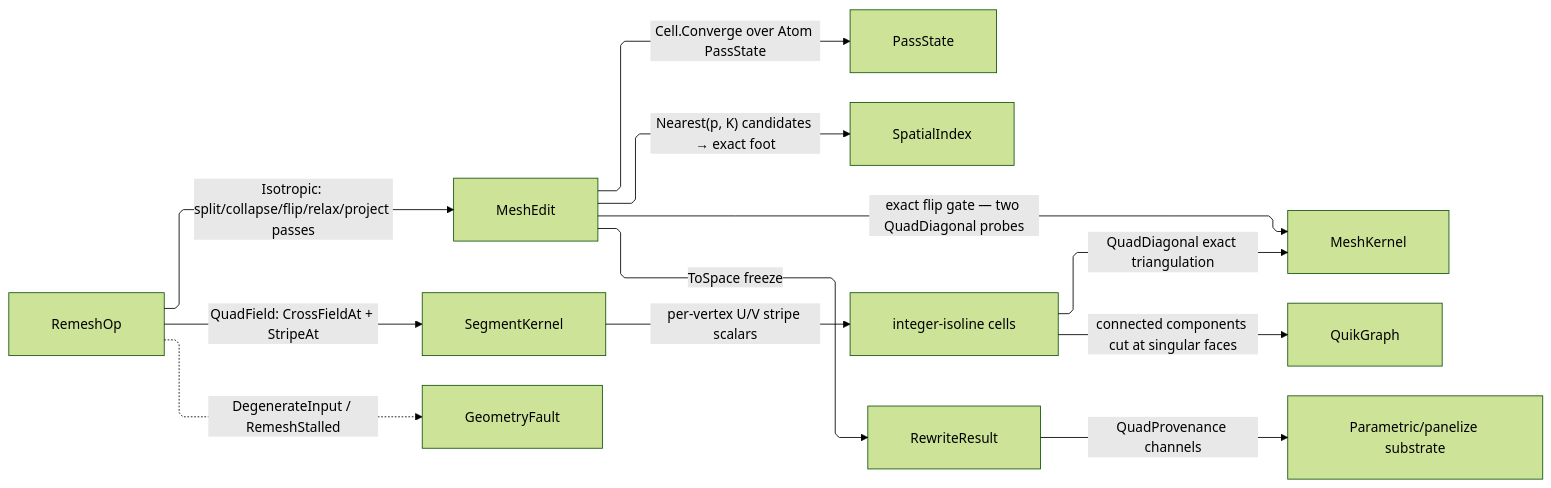
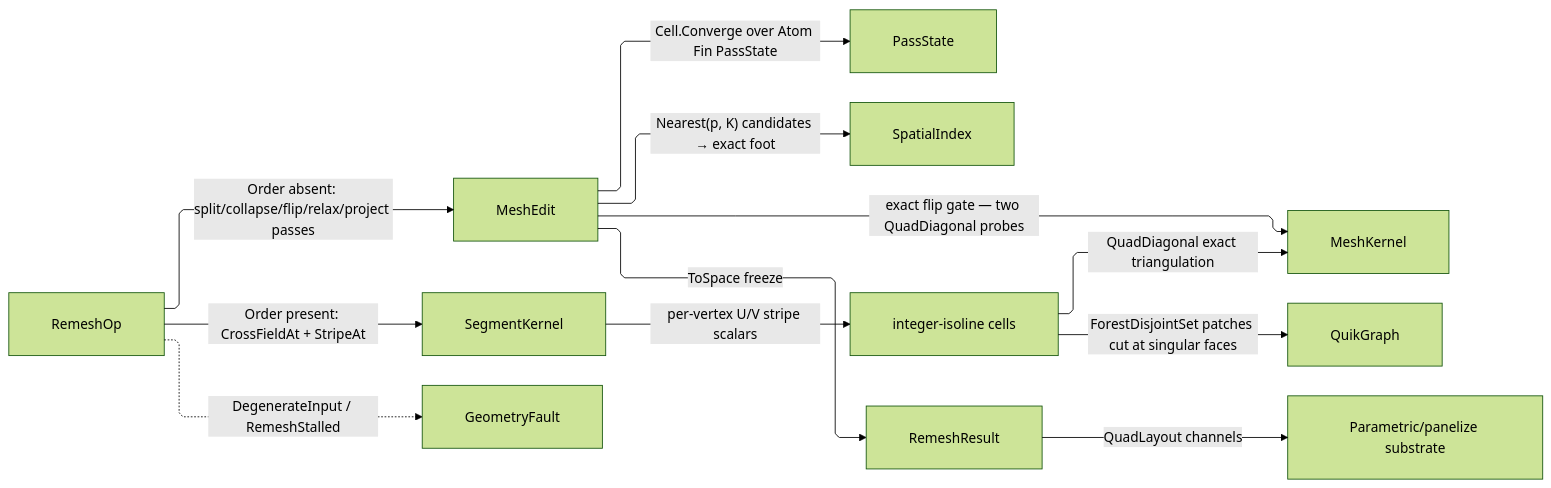
The diagram in libs/dotnet/Rasm/.planning/Processing/remesh.md (bsamiee/Rasm), drawn with Mermaid (forest theme) before and after one commit. The commit also changed other lines of this file and 68 other files, not shown here.

````diff
--- a/libs/dotnet/Rasm/.planning/Processing/remesh.md
+++ b/libs/dotnet/Rasm/.planning/Processing/remesh.md
@@ -551,23 +504,23 @@
 ```mermaid
 ---
 config:
   layout: elk
   flowchart:
     curve: linear
     padding: 25
 ---
 flowchart LR
     accTitle: Remesh dispatch
-    accDescr: Isotropic and quad-field rewrites folding the schedule-bounded arena passes onto a typed trace with the stall fault.
-    RemeshOp -->|Isotropic: split/collapse/flip/relax/project passes| MeshEdit
-    MeshEdit -->|Cell.Converge over Atom PassState| PassState
+    accDescr: Isotropic and quad-field rewrites folding the budget-bounded arena passes onto one typed result with the stall fault.
+    RemeshOp -->|Order absent: split/collapse/flip/relax/project passes| MeshEdit
+    MeshEdit -->|Cell.Converge over Atom Fin PassState| PassState
     MeshEdit -->|exact flip gate — two QuadDiagonal probes| MeshKernel
     MeshEdit -->|"Nearest(p, K) candidates → exact foot"| SpatialIndex
-    RemeshOp -->|QuadField: CrossFieldAt + StripeAt| SegmentKernel
+    RemeshOp -->|Order present: CrossFieldAt + StripeAt| SegmentKernel
     SegmentKernel -->|per-vertex U/V stripe scalars| Extraction["integer-isoline cells"]
-    Extraction -->|connected components cut at singular faces| QuikGraph
+    Extraction -->|ForestDisjointSet patches cut at singular faces| QuikGraph
     Extraction -->|QuadDiagonal exact triangulation| MeshKernel
-    MeshEdit -->|ToSpace freeze| RewriteResult
-    RewriteResult -->|QuadProvenance channels| Panelize["Parametric/panelize substrate"]
+    MeshEdit -->|ToSpace freeze| RemeshResult
+    RemeshResult -->|QuadLayout channels| Panelize["Parametric/panelize substrate"]
     RemeshOp -.->|DegenerateInput / RemeshStalled| GeometryFault
 ```
````
